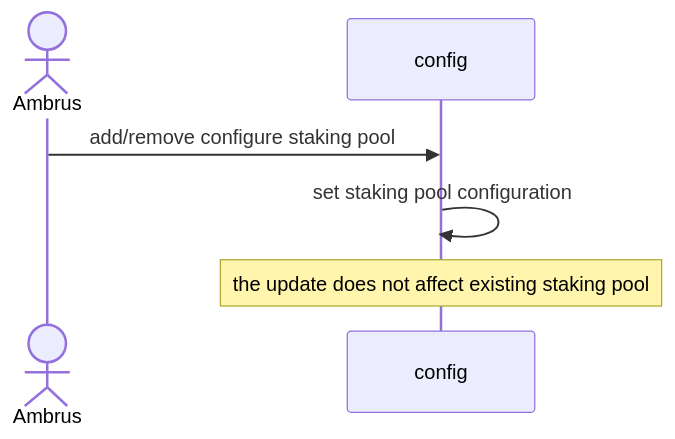
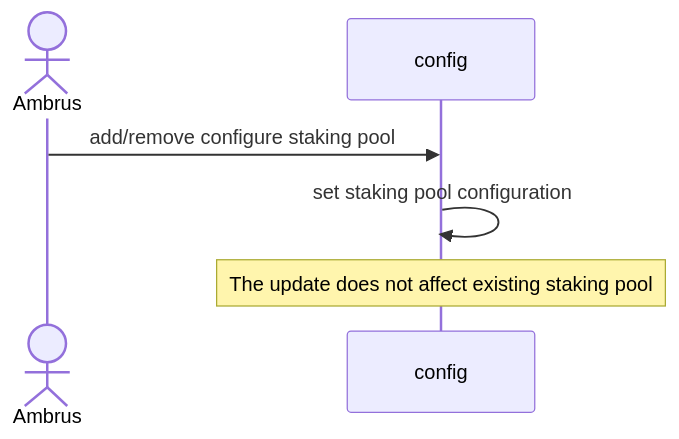
One commit to z330789559/e4c changed the fifth of 5 diagrams in README.md. Above: the diagram before and after it, drawn with Mermaid. The commit also changed other lines of this file, not shown here.

Commit message:
docs: update sequence diagrams

````diff
--- a/README.md
+++ b/README.md
@@ -78,8 +96,8 @@
 ```mermaid
 sequenceDiagram
     actor A as Ambrus
     participant config
     A ->> config: add/remove configure staking pool
     config ->> config: set staking pool configuration
-    Note over config: the update does not affect existing staking pool
+    Note over config: The update does not affect existing staking pool
 ```
````
